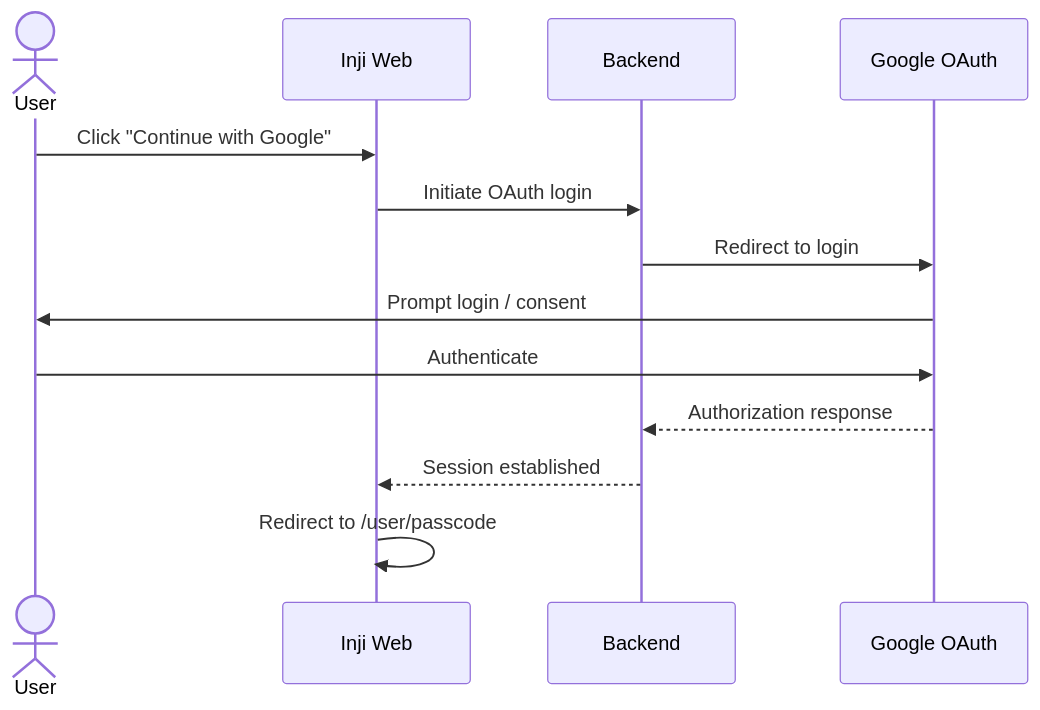
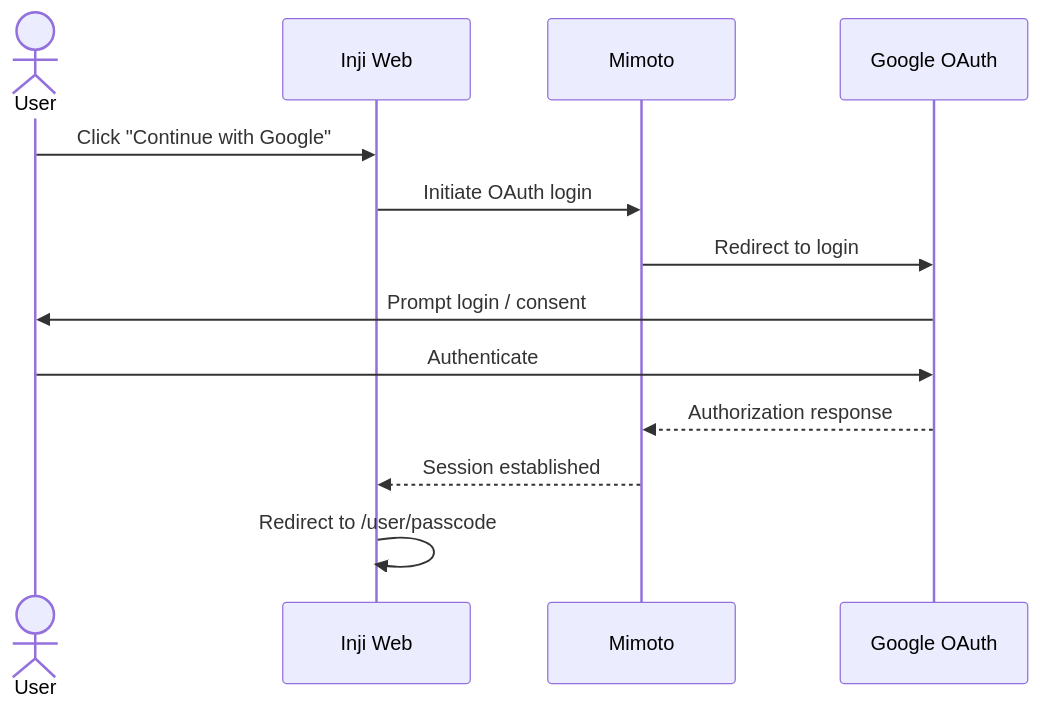
Before and after one commit to inji/inji-web: the diagram in docs/InjiWebLoginFlow.md, drawn with Mermaid.

Commit message:
docs(inji-web) fixed mermaid diagram to have appropriate wordings

````diff
--- a/docs/InjiWebLoginFlow.md
+++ b/docs/InjiWebLoginFlow.md
@@ -74,19 +74,19 @@
 ```mermaid
 sequenceDiagram
     actor User
     participant UI as Inji Web
-    participant Backend
+    participant Mimoto
     participant Google as Google OAuth
 
     User->>UI: Click "Continue with Google"
-    UI->>Backend: Initiate OAuth login
-    Backend->>Google: Redirect to login
+    UI->>Mimoto: Initiate OAuth login
+    Mimoto->>Google: Redirect to login
 
     Google->>User: Prompt login / consent
     User->>Google: Authenticate
 
-    Google-->>Backend: Authorization response
-    Backend-->>UI: Session established
+    Google-->>Mimoto: Authorization response
+    Mimoto-->>UI: Session established
 
     UI->>UI: Redirect to /user/passcode
 ```
````
